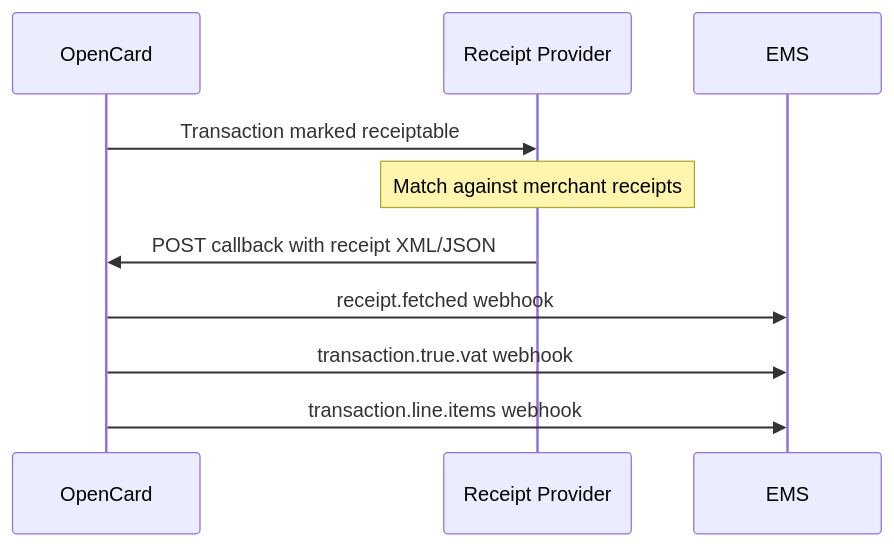
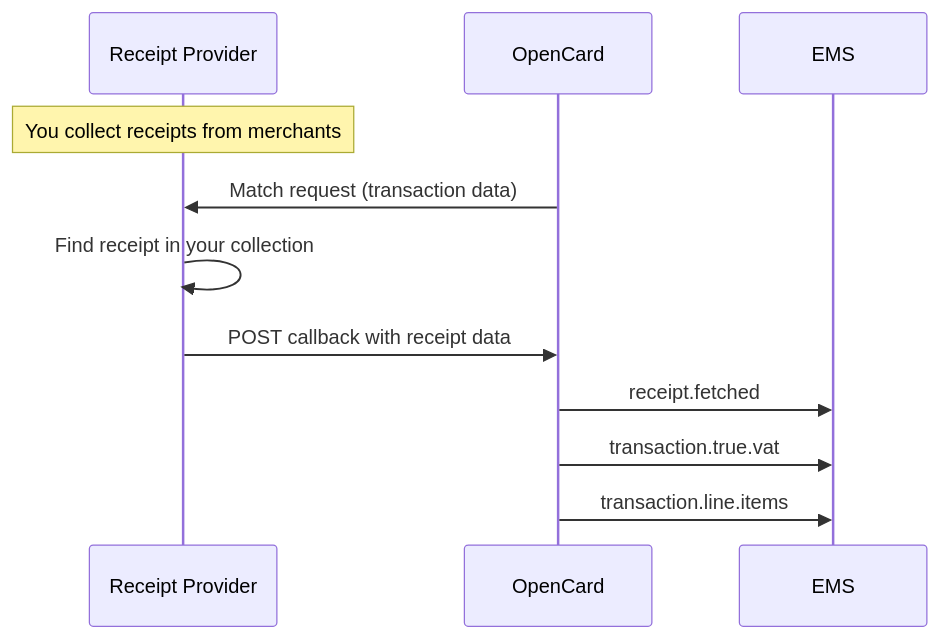
Before and after one commit to marc-opencard/developers.opencard.io: the diagram in receipt-providers/index.mdx, drawn with Mermaid. The commit also changed other lines of this file and 6 other files, not shown here.

````diff
--- a/receipt-providers/index.mdx
+++ b/receipt-providers/index.mdx
@@ -14,13 +14,14 @@
 ```mermaid
 sequenceDiagram
+    participant RP as Receipt Provider
     participant OC as OpenCard
-    participant RP as Receipt Provider
     participant EMS as EMS
 
-    OC->>RP: Transaction marked receiptable
-    Note over RP: Match against merchant receipts
-    RP->>OC: POST callback with receipt XML/JSON
-    OC->>EMS: receipt.fetched webhook
-    OC->>EMS: transaction.true.vat webhook
-    OC->>EMS: transaction.line.items webhook
+    Note over RP: You collect receipts from merchants
+    OC->>RP: Match request (transaction data)
+    RP->>RP: Find receipt in your collection
+    RP->>OC: POST callback with receipt data
+    OC->>EMS: receipt.fetched
+    OC->>EMS: transaction.true.vat
+    OC->>EMS: transaction.line.items
 ```
````
